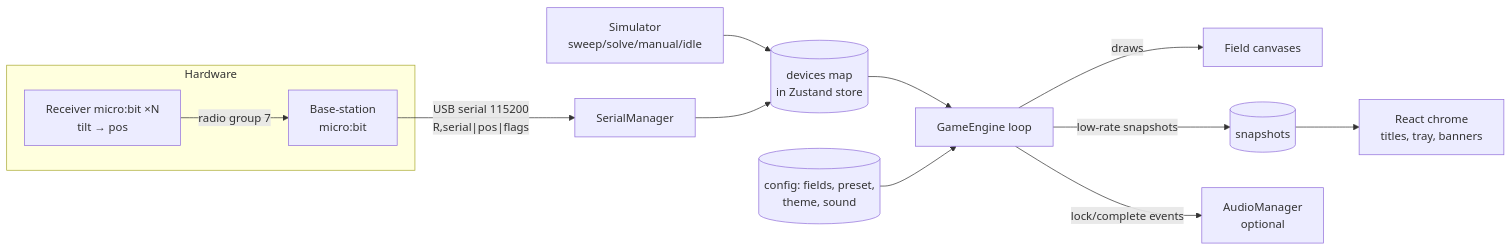
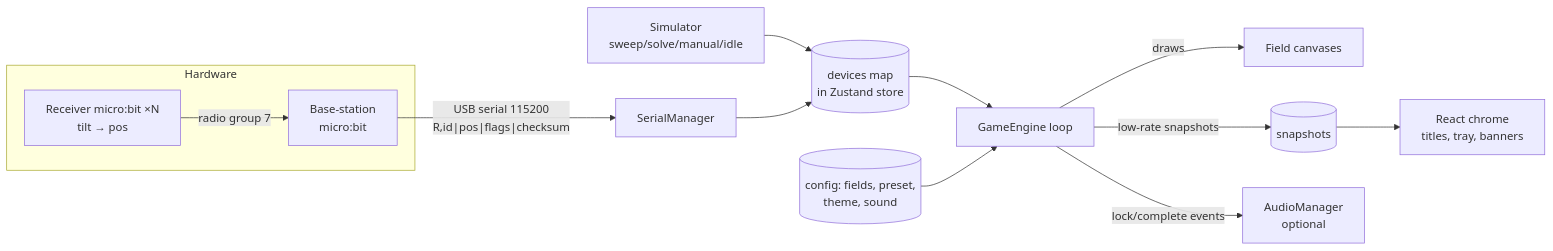
Before and after one commit to MikkelBlom/find-frekvensen: the diagram in ai-instructions/docs/architecture.md, drawn with Mermaid. The commit also changed other lines of this file and 5 other files, not shown here.

````diff
--- a/ai-instructions/docs/architecture.md
+++ b/ai-instructions/docs/architecture.md
@@ -5,15 +5,15 @@
 ```mermaid
 flowchart LR
   subgraph Hardware
     R1[Receiver micro:bit ×N<br/>tilt → pos] -- radio group 7 --> BS[Base-station<br/>micro:bit]
   end
-  BS -- USB serial 115200<br/>R,serial|pos|flags --> SM[SerialManager]
+  BS -- USB serial 115200<br/>R,id|pos|flags|checksum --> SM[SerialManager]
   SIM[Simulator<br/>sweep/solve/manual/idle] --> DEV
   SM --> DEV[(devices map<br/>in Zustand store)]
   DEV --> ENG[GameEngine loop]
   CFG[(config: fields, preset,<br/>theme, sound)] --> ENG
   ENG -- draws --> CAN[Field canvases]
   ENG -- low-rate snapshots --> SNAP[(snapshots)]
   SNAP --> UI[React chrome<br/>titles, tray, banners]
   ENG -- lock/complete events --> AUD[AudioManager<br/>optional]
 ```
````
